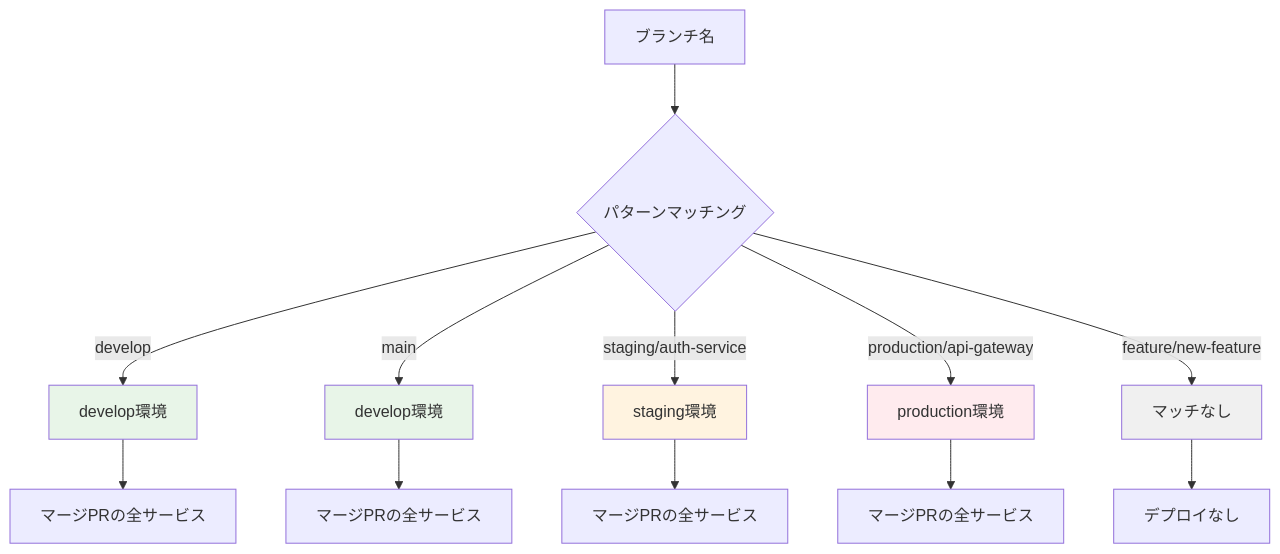
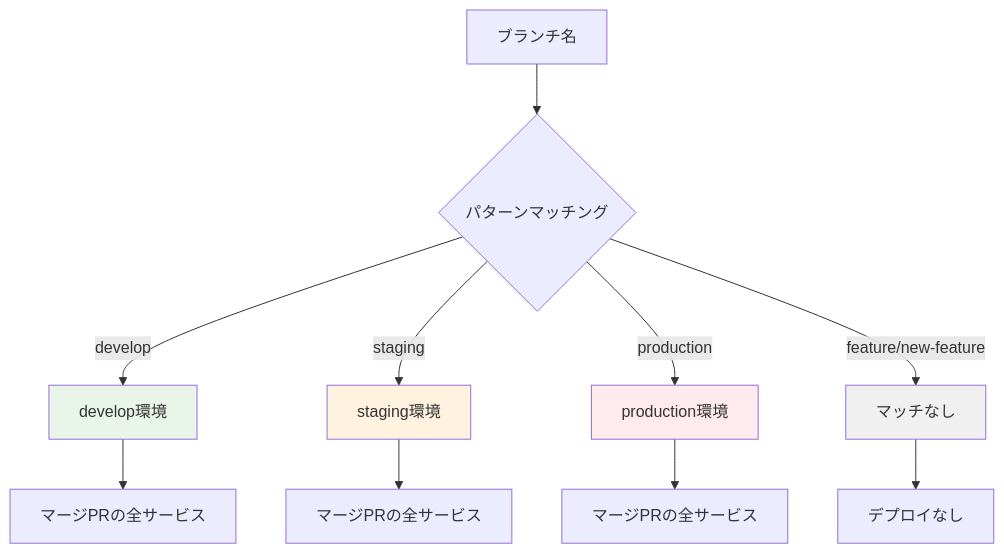
Before and after one commit to panicboat/monorepo: the fourth of 5 diagrams in .github/scripts/shared/README.md, drawn with Mermaid. The commit also changed other lines of this file and 18 other files, not shown here.

````diff
--- a/.github/scripts/shared/README.md
+++ b/.github/scripts/shared/README.md
@@ -319,22 +195,19 @@
 ```mermaid
 graph TD
     A[ブランチ名] --> B{パターンマッチング}
 
     B -->|develop| C[develop環境]
-    B -->|main| D[develop環境]
-    B -->|staging/auth-service| E[staging環境]
-    B -->|production/api-gateway| F[production環境]
+    B -->|staging| E[staging環境]
+    B -->|production| F[production環境]
     B -->|feature/new-feature| G[マッチなし]
 
     C --> H[マージPRの全サービス]
-    D --> I[マージPRの全サービス]
     E --> J[マージPRの全サービス]
     F --> K[マージPRの全サービス]
     G --> L[デプロイなし]
 
     style C fill:#e8f5e8
-    style D fill:#e8f5e8
     style E fill:#fff3e0
     style F fill:#ffebee
     style G fill:#f0f0f0
 ```
````
